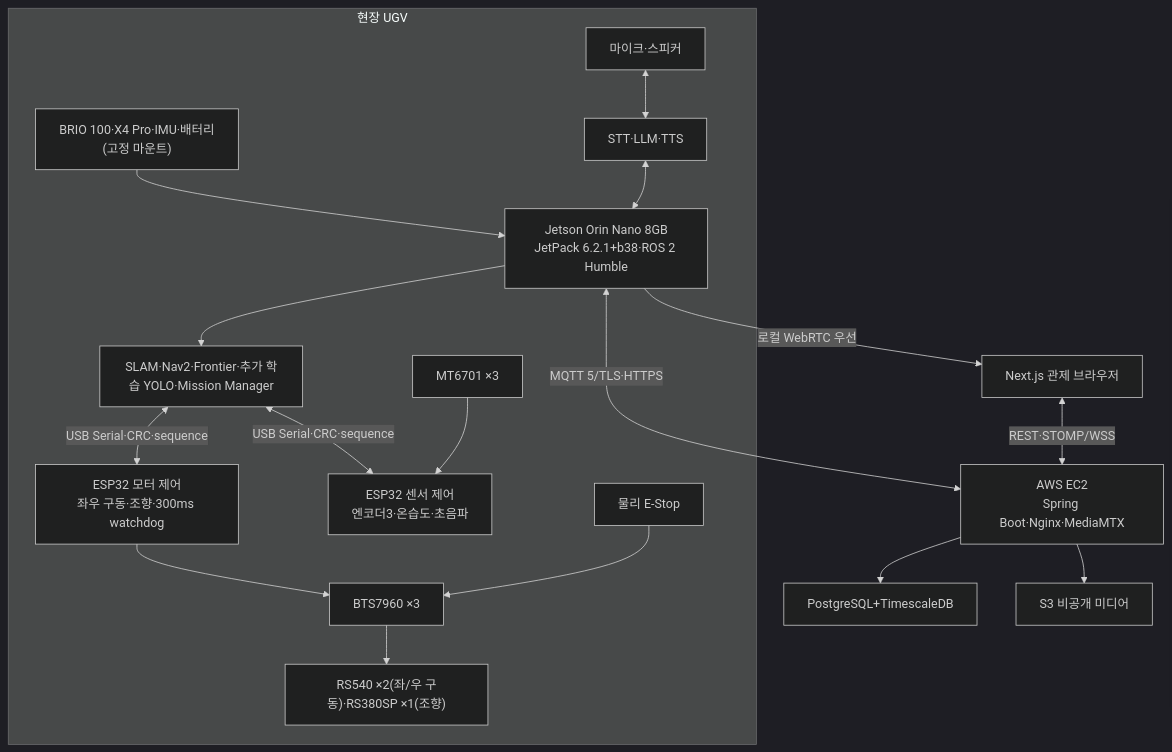
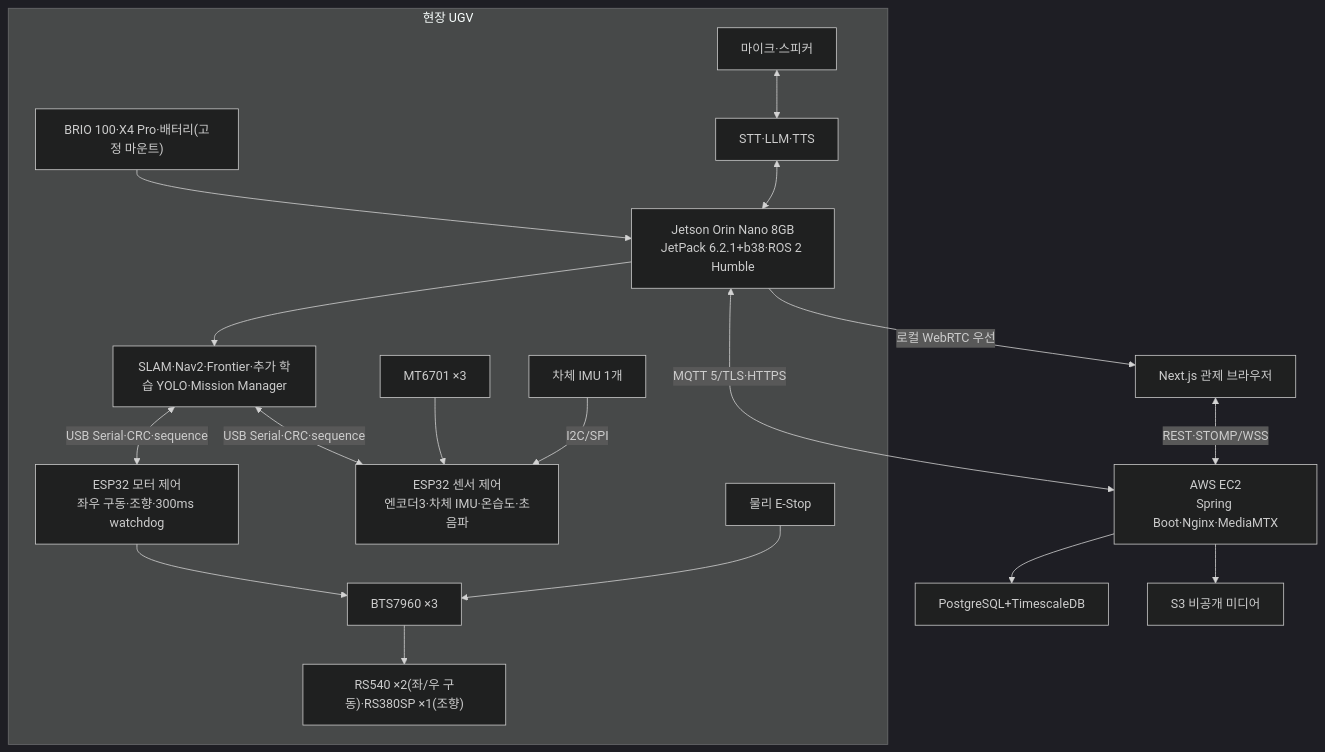
Before and after one commit to Common-AIOT/Sentinel-UGV: the diagram in docs/01-프로젝트-개요.md, drawn with Mermaid (dark theme). The commit also changed other lines of this file and 10 other files, not shown here.

Commit message:
docs(docs): S15P11A301-176 IMU 센서 ESP32 연결 구조 반영

````diff
--- a/docs/01-프로젝트-개요.md
+++ b/docs/01-프로젝트-개요.md
@@ -179,20 +179,21 @@
 ```mermaid
 flowchart TB
     subgraph field["현장 UGV"]
-        sensors["BRIO 100·X4 Pro·IMU·배터리(고정 마운트)"] --> jetson["Jetson Orin Nano 8GB\nJetPack 6.2.1+b38·ROS 2 Humble"]
+        sensors["BRIO 100·X4 Pro·배터리(고정 마운트)"] --> jetson["Jetson Orin Nano 8GB\nJetPack 6.2.1+b38·ROS 2 Humble"]
         jetson --> autonomy["SLAM·Nav2·Frontier·추가 학습 YOLO·Mission Manager"]
         audio["마이크·스피커"] <--> voice["STT·LLM·TTS"]
         voice <--> jetson
         autonomy <-->|"USB Serial·CRC·sequence"| esp32m["ESP32 모터 제어\n좌우 구동·조향·300ms watchdog"]
-        autonomy <-->|"USB Serial·CRC·sequence"| esp32s["ESP32 센서 제어\n엔코더3·온습도·초음파"]
+        autonomy <-->|"USB Serial·CRC·sequence"| esp32s["ESP32 센서 제어\n엔코더3·차체 IMU·온습도·초음파"]
         esp32m --> driver["BTS7960 ×3"]
         driver --> motors["RS540 ×2(좌/우 구동)·RS380SP ×1(조향)"]
         estop["물리 E-Stop"] --> driver
         enc["MT6701 ×3"] --> esp32s
+        imu["차체 IMU 1개"] -->|"I2C/SPI"| esp32s
     end
     jetson <-->|"MQTT 5/TLS·HTTPS"| cloud["AWS EC2\nSpring Boot·Nginx·MediaMTX"]
     cloud --> db["PostgreSQL+TimescaleDB"]
     cloud --> s3["S3 비공개 미디어"]
     browser["Next.js 관제 브라우저"] <-->|"REST·STOMP/WSS"| cloud
     jetson -->|"로컬 WebRTC 우선"| browser
 ```
````
